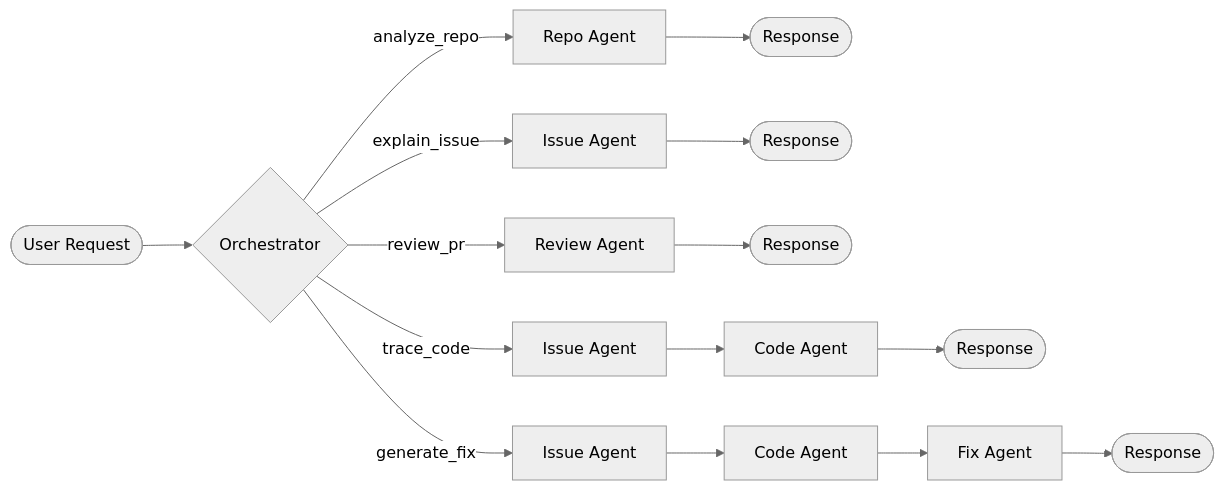
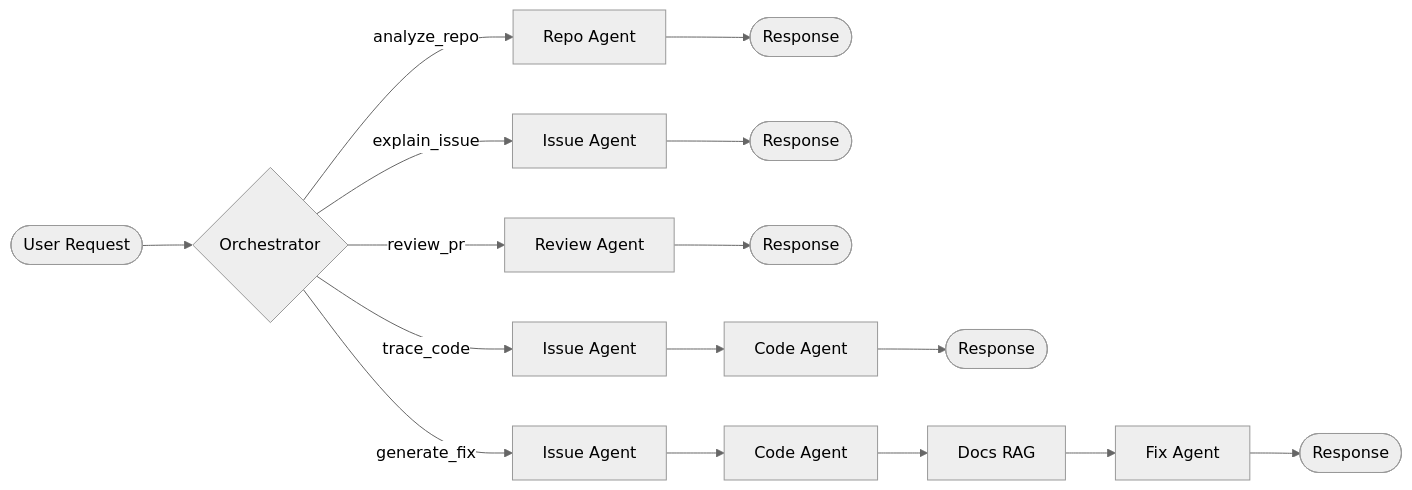
Before and after one commit to SSbhadoria21/Open-Source-Agent: the second of 3 diagrams in Readme.md, drawn with Mermaid (neutral theme). The commit also changed other lines of this file and 23 other files, not shown here.

````diff
--- a/Readme.md
+++ b/Readme.md
@@ -90,10 +90,10 @@
 ```mermaid
 flowchart LR
     REQ([User Request]) --> ORCH{Orchestrator}
 
     ORCH -->|analyze_repo| REPO[Repo Agent] --> R1([Response])
     ORCH -->|explain_issue| ISSUE[Issue Agent] --> R2([Response])
     ORCH -->|review_pr| REV[Review Agent] --> R3([Response])
     ORCH -->|trace_code| IA2[Issue Agent] --> CA[Code Agent] --> R4([Response])
-    ORCH -->|generate_fix| IA3[Issue Agent] --> CA2[Code Agent] --> FA[Fix Agent] --> R5([Response])
+    ORCH -->|generate_fix| IA3[Issue Agent] --> CA2[Code Agent] --> RAG[Docs RAG] --> FA[Fix Agent] --> R5([Response])
 ```
````
